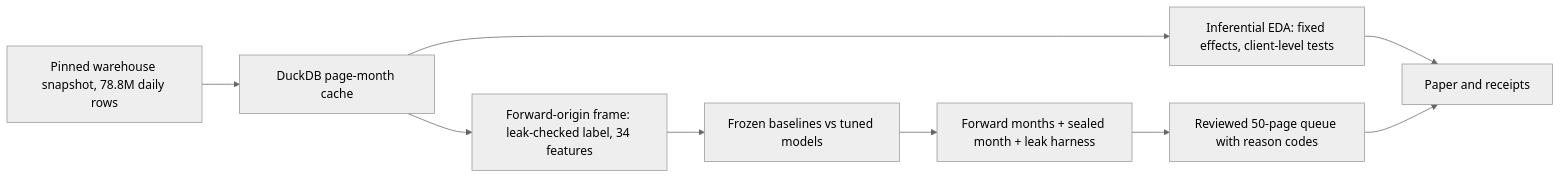
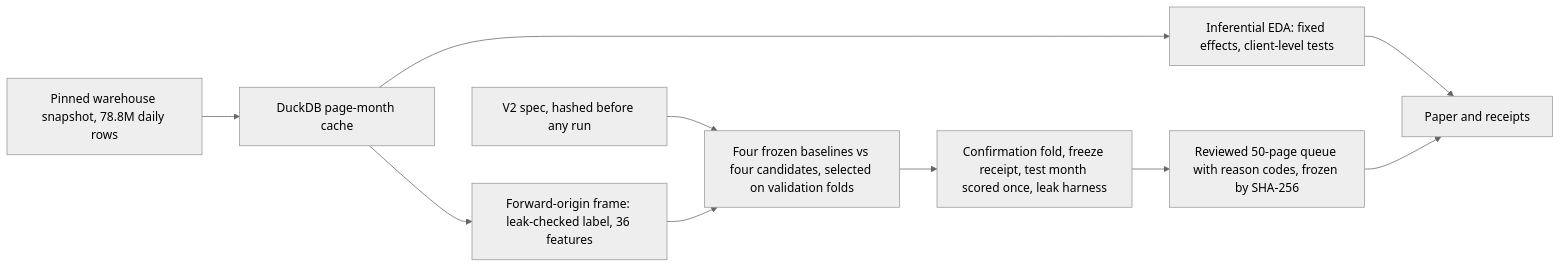
One commit to Tessa-Saumu/FlyRank-ML-Internship changed the diagram in README.md. Above: the diagram before and after it, drawn with Mermaid (neutral theme). The commit also changed other lines of this file and 25 other files, not shown here.

````diff
--- a/README.md
+++ b/README.md
@@ -32,11 +38,12 @@
 ```mermaid
 flowchart LR
     A[Pinned warehouse snapshot, 78.8M daily rows] --> B[DuckDB page-month cache]
     B --> C[Inferential EDA: fixed effects, client-level tests]
-    B --> D[Forward-origin frame: leak-checked label, 34 features]
-    D --> E[Frozen baselines vs tuned models]
-    E --> F[Forward months + sealed month + leak harness]
-    F --> G[Reviewed 50-page queue with reason codes]
+    B --> D[Forward-origin frame: leak-checked label, 36 features]
+    S[V2 spec, hashed before any run] --> E
+    D --> E[Four frozen baselines vs four candidates, selected on validation folds]
+    E --> F[Confirmation fold, freeze receipt, test month scored once, leak harness]
+    F --> G[Reviewed 50-page queue with reason codes, frozen by SHA-256]
     C --> H[Paper and receipts]
     G --> H
 ```
````
